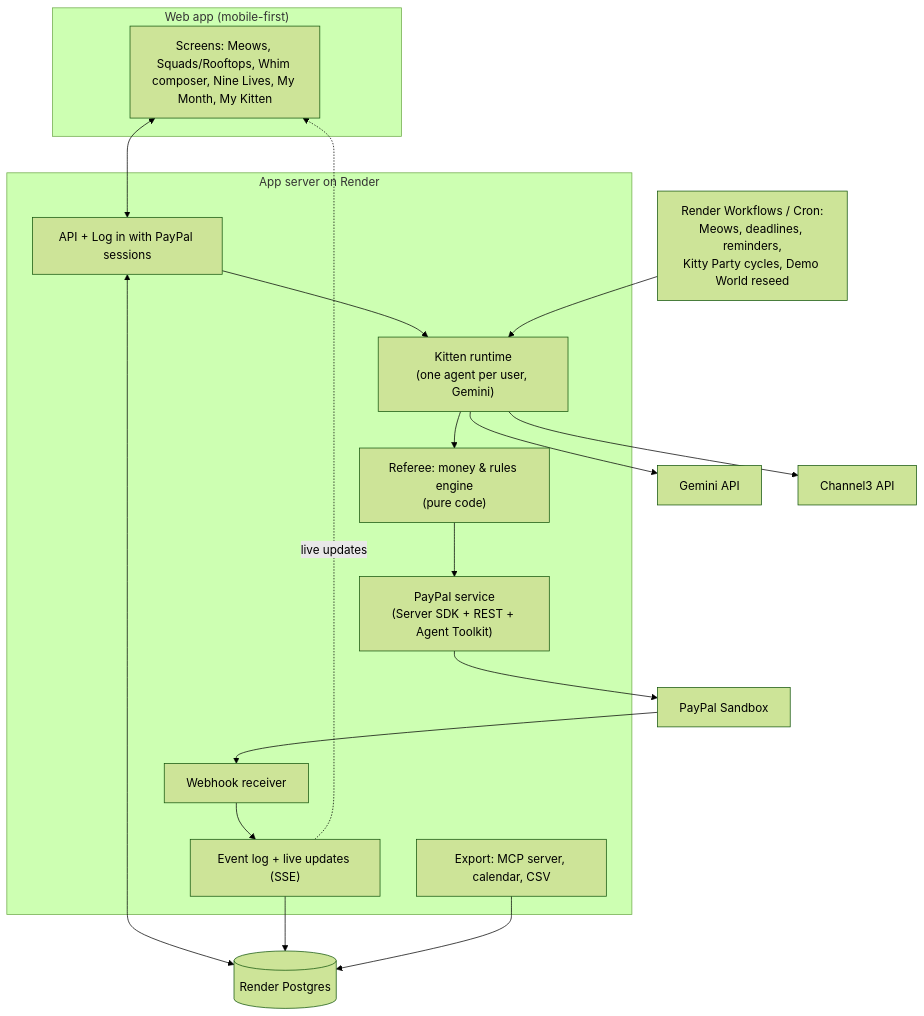
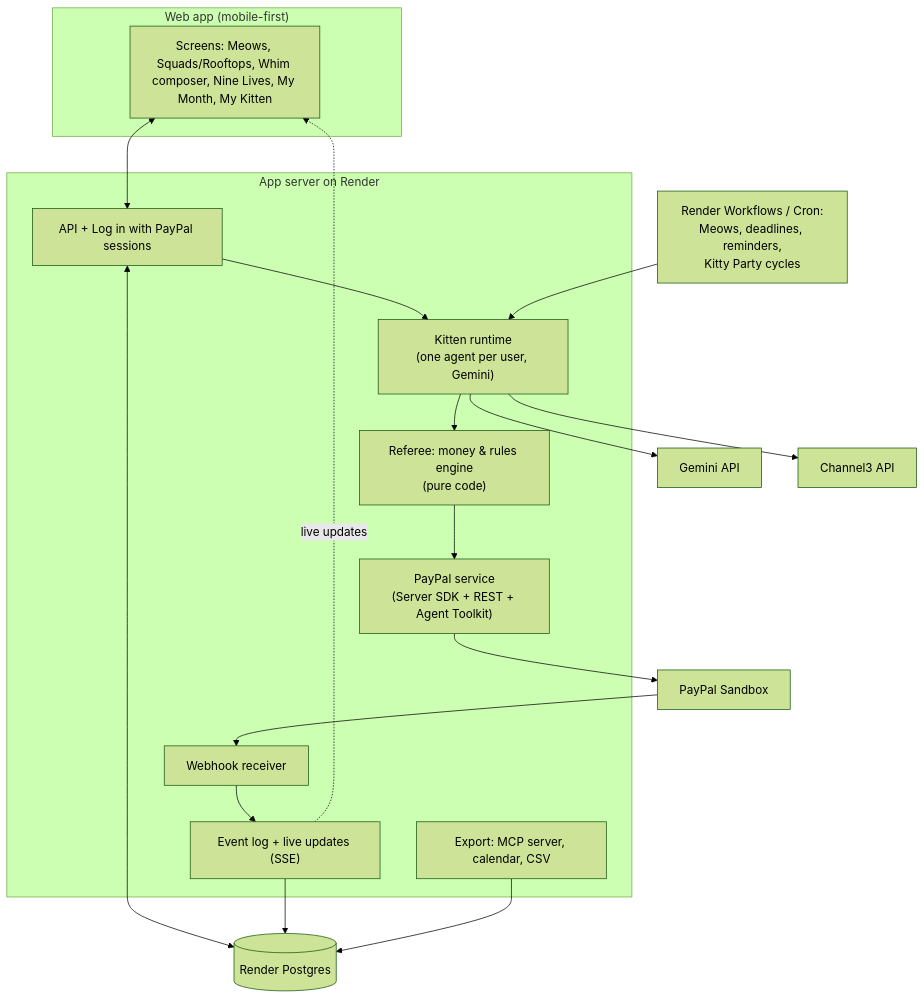
One commit to ansh-varshney/kitty changed the second of 3 diagrams in prd-source/Kitty-PRD.md. Above: the diagram before and after it, drawn with Mermaid (forest theme). The commit also changed other lines of this file and 108 other files, not shown here.

````diff
--- a/prd-source/Kitty-PRD.md
+++ b/prd-source/Kitty-PRD.md
@@ -283,31 +285,31 @@
 ```mermaid
 flowchart TB
   subgraph Client["Web app (mobile-first)"]
     UI["Screens: Meows, Squads/Rooftops, Whim composer, Nine Lives, My Month, My Kitten"]
   end
   subgraph Server["App server on Render"]
     API["API + Log in with PayPal sessions"]
     KR["Kitten runtime<br/>(one agent per user, Gemini)"]
     NE["Referee: money & rules engine<br/>(pure code)"]
     PP["PayPal service<br/>(Server SDK + REST + Agent Toolkit)"]
     WH["Webhook receiver"]
     EV["Event log + live updates (SSE)"]
     MCP["Export: MCP server, calendar, CSV"]
   end
   DB[("Render Postgres")]
-  JOBS["Render Workflows / Cron:<br/>Meows, deadlines, reminders,<br/>Kitty Party cycles, Demo World reseed"]
+  JOBS["Render Workflows / Cron:<br/>Meows, deadlines, reminders,<br/>Kitty Party cycles"]
   PAYPAL["PayPal Sandbox"]
   GEM["Gemini API"]
   C3["Channel3 API"]
   UI <--> API
   API --> KR --> NE
   KR --> GEM
   NE --> PP --> PAYPAL
   PAYPAL --> WH --> EV
   API <--> DB
   EV --> DB
   EV -. live updates .-> UI
   JOBS --> KR
   KR --> C3
   MCP --> DB
 ```
````
